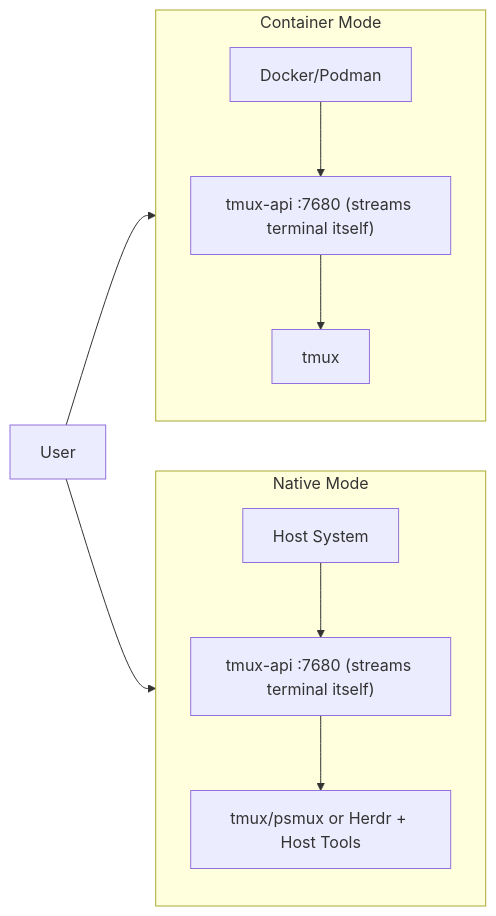
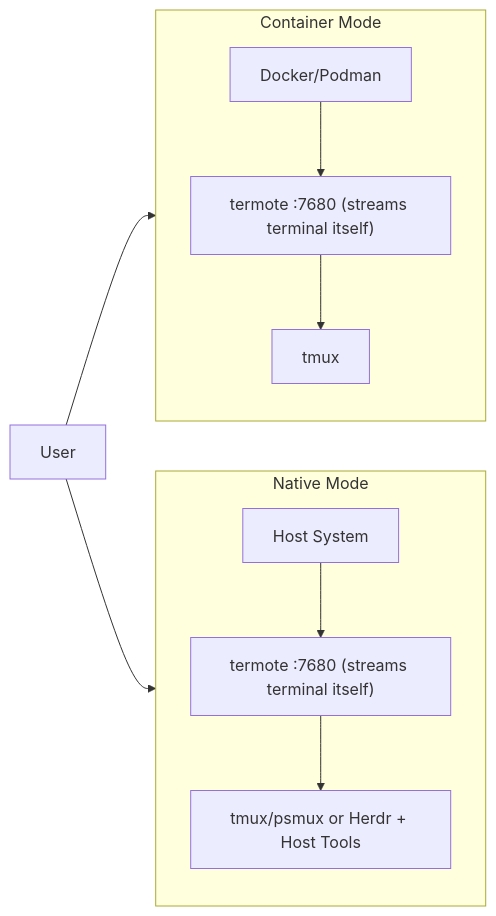
One commit to lamngockhuong/termote changed the second of 2 diagrams in README.md. Above: the diagram before and after it, drawn with Mermaid. The commit also changed other lines of this file and 107 other files, not shown here.

First line of the commit message:
refactor!: rename tmux-api to server and its binary to termote (#215)

````diff
--- a/README.md
+++ b/README.md
@@ -229,14 +229,14 @@
 ```mermaid
 flowchart LR
     subgraph Container["Container Mode"]
         direction TB
-        C1["Docker/Podman"] --> C2["tmux-api :7680 (streams terminal itself)"] --> C3["tmux"]
+        C1["Docker/Podman"] --> C2["termote :7680 (streams terminal itself)"] --> C3["tmux"]
     end
 
     subgraph Native["Native Mode"]
         direction TB
-        N1["Host System"] --> N2["tmux-api :7680 (streams terminal itself)"] --> N3["tmux/psmux or Herdr + Host Tools"]
+        N1["Host System"] --> N2["termote :7680 (streams terminal itself)"] --> N3["tmux/psmux or Herdr + Host Tools"]
     end
 
     User["User"] --> Container & Native
 ```
````
